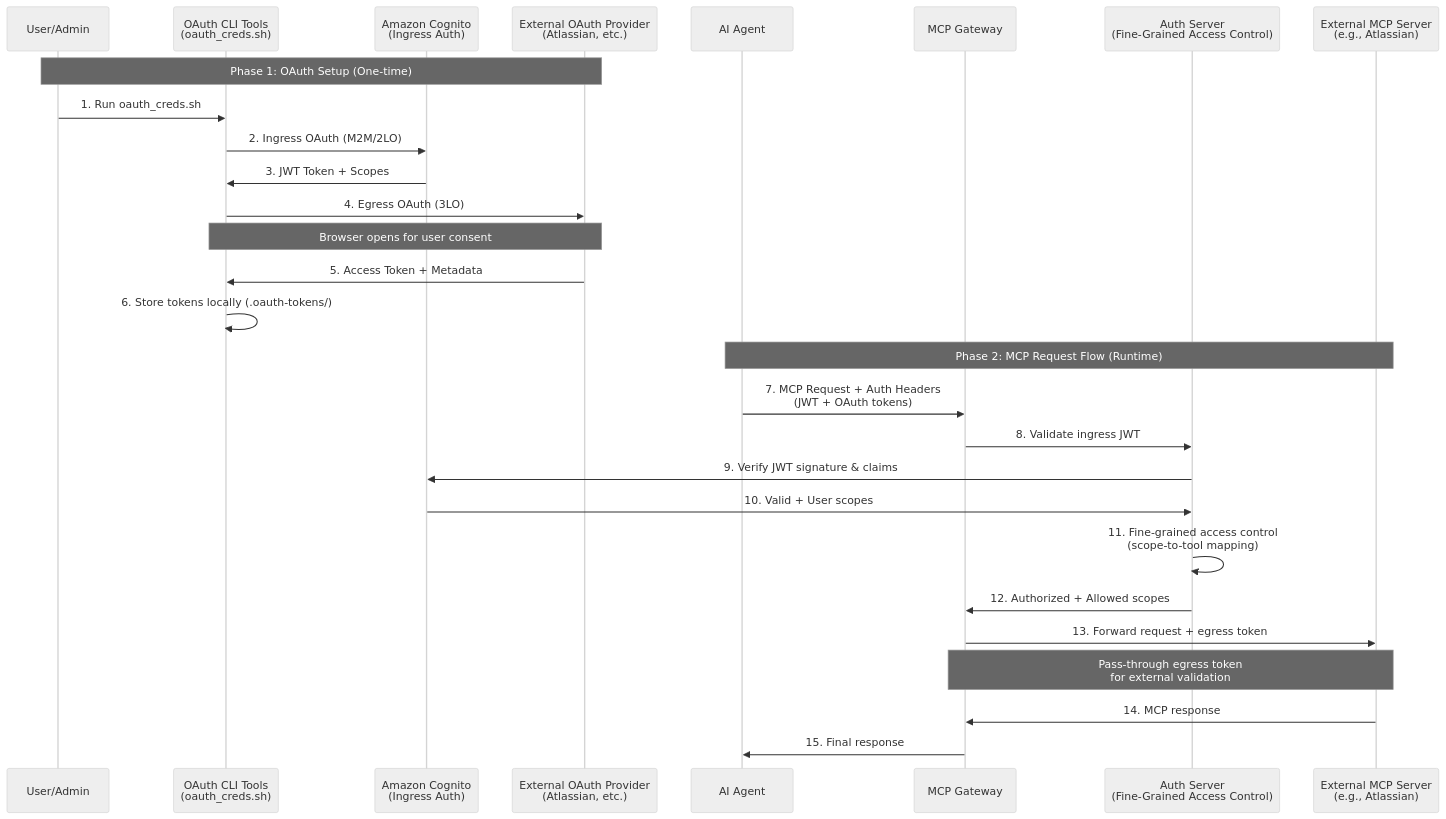
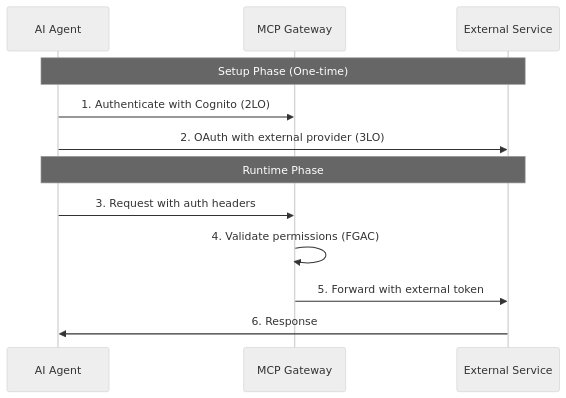
Before and after one commit to ascending-llc/mcp-gateway-registry: the first of 3 diagrams in docs/auth.md, drawn with Mermaid (neutral theme). The commit also changed other lines of this file and 1 other file, not shown here.

````diff
--- a/docs/auth.md
+++ b/docs/auth.md
@@ -25,34 +105,16 @@
 ```mermaid
 sequenceDiagram
-    participant User as User/Admin
-    participant CLI as OAuth CLI Tools<br/>(oauth_creds.sh)
-    participant Cognito as Amazon Cognito<br/>(Ingress Auth)
-    participant ExtProvider as External OAuth Provider<br/>(Atlassian, etc.)
     participant Agent as AI Agent
     participant Gateway as MCP Gateway
-    participant AuthServer as Auth Server<br/>(Fine-Grained Access Control)
-    participant MCPServer as External MCP Server<br/>(e.g., Atlassian)
+    participant External as External Service
     
-    Note over User,ExtProvider: Phase 1: OAuth Setup (One-time)
+    Note over Agent,External: Setup Phase (One-time)
+    Agent->>Gateway: 1. Authenticate with Cognito (2LO)
+    Agent->>External: 2. OAuth with external provider (3LO)
     
-    User->>CLI: 1. Run oauth_creds.sh
-    CLI->>Cognito: 2. Ingress OAuth (M2M/2LO)
-    Cognito->>CLI: 3. JWT Token + Scopes
-    CLI->>ExtProvider: 4. Egress OAuth (3LO)
-    Note over CLI,ExtProvider: Browser opens for user consent
-    ExtProvider->>CLI: 5. Access Token + Metadata
-    CLI->>CLI: 6. Store tokens locally (.oauth-tokens/)
-    
-    Note over Agent,MCPServer: Phase 2: MCP Request Flow (Runtime)
-    
-    Agent->>Gateway: 7. MCP Request + Auth Headers<br/>(JWT + OAuth tokens)
-    Gateway->>AuthServer: 8. Validate ingress JWT
-    AuthServer->>Cognito: 9. Verify JWT signature & claims
-    Cognito->>AuthServer: 10. Valid + User scopes
-    AuthServer->>AuthServer: 11. Fine-grained access control<br/>(scope-to-tool mapping)
-    AuthServer->>Gateway: 12. Authorized + Allowed scopes
-    Gateway->>MCPServer: 13. Forward request + egress token
-    Note over Gateway,MCPServer: Pass-through egress token<br/>for external validation
-    MCPServer->>Gateway: 14. MCP response
-    Gateway->>Agent: 15. Final response
+    Note over Agent,External: Runtime Phase
+    Agent->>Gateway: 3. Request with auth headers
+    Gateway->>Gateway: 4. Validate permissions (FGAC)
+    Gateway->>External: 5. Forward with external token
+    External->>Agent: 6. Response
 ```
````
